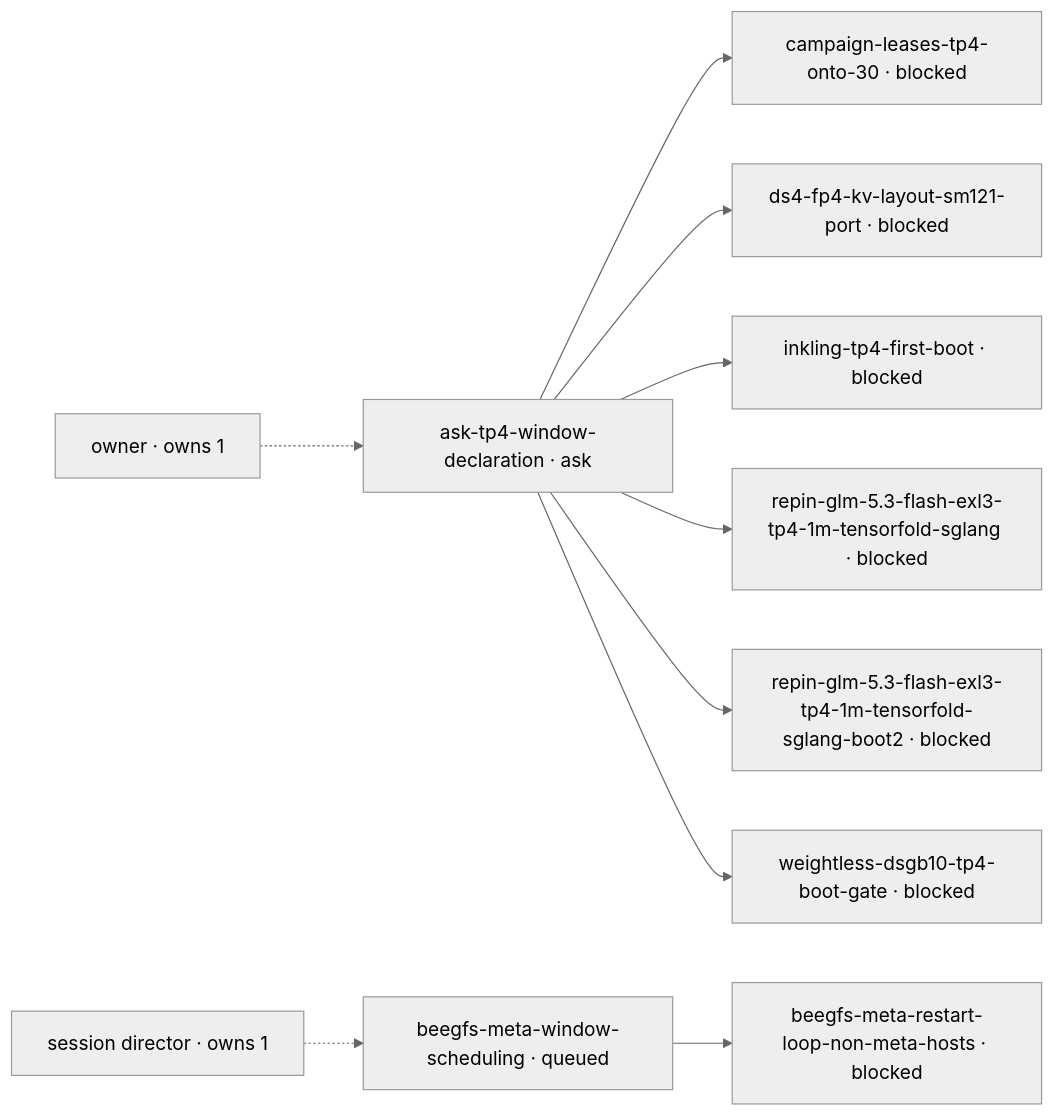
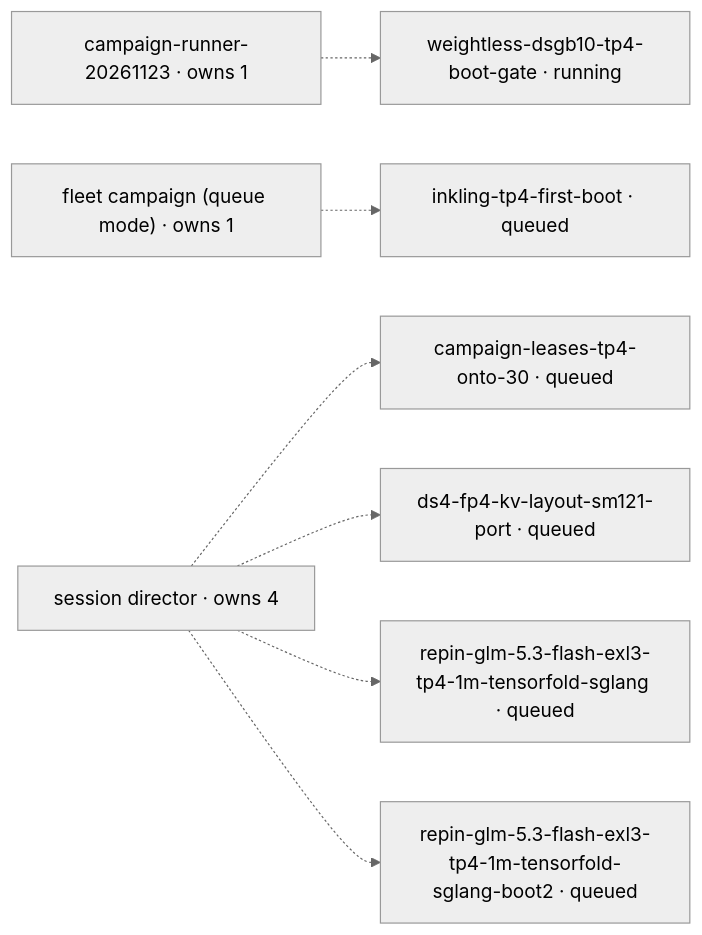
Before and after one commit to littlecedar/sparkrun-recipe-registry: the diagram in mad-science/STATUS.md, drawn with Mermaid (neutral theme). The commit also changed other lines of this file, not shown here.

````diff
--- a/mad-science/STATUS.md
+++ b/mad-science/STATUS.md
@@ -22,25 +22,20 @@
 ```mermaid
 flowchart LR
-  %% 7 blocked, 7 blocker edge(s), 2 drained by owner (1), session director (1)
-  r1["owner · owns 1"]
-  r2["session director · owns 1"]
-  t1["ask-tp4-window-declaration · ask"]
-  t2["beegfs-meta-restart-loop-non-meta-hosts · blocked"]
-  t3["beegfs-meta-window-scheduling · queued"]
-  t4["campaign-leases-tp4-onto-30 · blocked"]
-  t5["ds4-fp4-kv-layout-sm121-port · blocked"]
-  t6["inkling-tp4-first-boot · blocked"]
-  t7["repin-glm-5.3-flash-exl3-tp4-1m-tensorfold-sglang · blocked"]
-  t8["repin-glm-5.3-flash-exl3-tp4-1m-tensorfold-sglang-boot2 · blocked"]
-  t9["weightless-dsgb10-tp4-boot-gate · blocked"]
-  t1 --> t4
-  t1 --> t5
-  t1 --> t6
-  t1 --> t7
-  t1 --> t8
-  t1 --> t9
-  t3 --> t2
-  r1 -.-> t1
+  %% 0 blocked, 0 blocker edge(s), 6 drained by campaign-runner-20261123 (1), fleet campaign (queue mode) (1), session director (4)
+  r1["campaign-runner-20261123 · owns 1"]
+  r2["fleet campaign (queue mode) · owns 1"]
+  r3["session director · owns 4"]
+  t1["campaign-leases-tp4-onto-30 · queued"]
+  t2["ds4-fp4-kv-layout-sm121-port · queued"]
+  t3["inkling-tp4-first-boot · queued"]
+  t4["repin-glm-5.3-flash-exl3-tp4-1m-tensorfold-sglang · queued"]
+  t5["repin-glm-5.3-flash-exl3-tp4-1m-tensorfold-sglang-boot2 · queued"]
+  t6["weightless-dsgb10-tp4-boot-gate · running"]
+  r1 -.-> t6
   r2 -.-> t3
+  r3 -.-> t1
+  r3 -.-> t2
+  r3 -.-> t4
+  r3 -.-> t5
   classDef no-recorded-edge stroke-dasharray: 4 3
 ```
````
